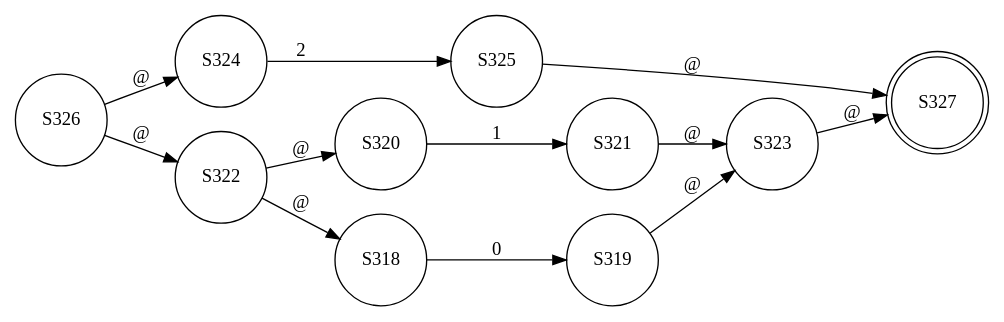
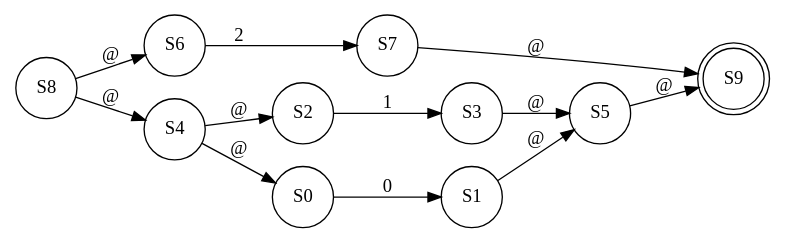
One commit to abdelazizSalah/RegExp_NFA_DFA_DFAMinimization changed the diagram in finalCode/test-output/round-table.gv. Above: the diagram before and after it, drawn with Graphviz. The commit also changed 5 other files, not shown here.

```diff
--- a/finalCode/test-output/round-table.gv
+++ b/finalCode/test-output/round-table.gv
@@ -1,25 +1,25 @@
 // NFA graph
 digraph {
 	graph [rankdir=LR]
-	S324 [label=S324 shape=circle]
-	S324 -> S325 [label=2]
-	S325 [label=S325 shape=circle]
-	S325 -> S327 [label="@"]
-	S320 [label=S320 shape=circle]
-	S320 -> S321 [label=1]
-	S321 [label=S321 shape=circle]
-	S321 -> S323 [label="@"]
-	S318 [label=S318 shape=circle]
-	S318 -> S319 [label=0]
-	S319 [label=S319 shape=circle]
-	S319 -> S323 [label="@"]
-	S322 [label=S322 shape=circle]
-	S322 -> S320 [label="@"]
-	S322 -> S318 [label="@"]
-	S323 [label=S323 shape=circle]
-	S323 -> S327 [label="@"]
-	S326 [label=S326 shape=circle]
-	S326 -> S324 [label="@"]
-	S326 -> S322 [label="@"]
-	S327 [label=S327 shape=doublecircle]
+	S6 [label=S6 shape=circle]
+	S6 -> S7 [label=2]
+	S7 [label=S7 shape=circle]
+	S7 -> S9 [label="@"]
+	S2 [label=S2 shape=circle]
+	S2 -> S3 [label=1]
+	S3 [label=S3 shape=circle]
+	S3 -> S5 [label="@"]
+	S0 [label=S0 shape=circle]
+	S0 -> S1 [label=0]
+	S1 [label=S1 shape=circle]
+	S1 -> S5 [label="@"]
+	S4 [label=S4 shape=circle]
+	S4 -> S2 [label="@"]
+	S4 -> S0 [label="@"]
+	S5 [label=S5 shape=circle]
+	S5 -> S9 [label="@"]
+	S8 [label=S8 shape=circle]
+	S8 -> S6 [label="@"]
+	S8 -> S4 [label="@"]
+	S9 [label=S9 shape=doublecircle]
 }
```
